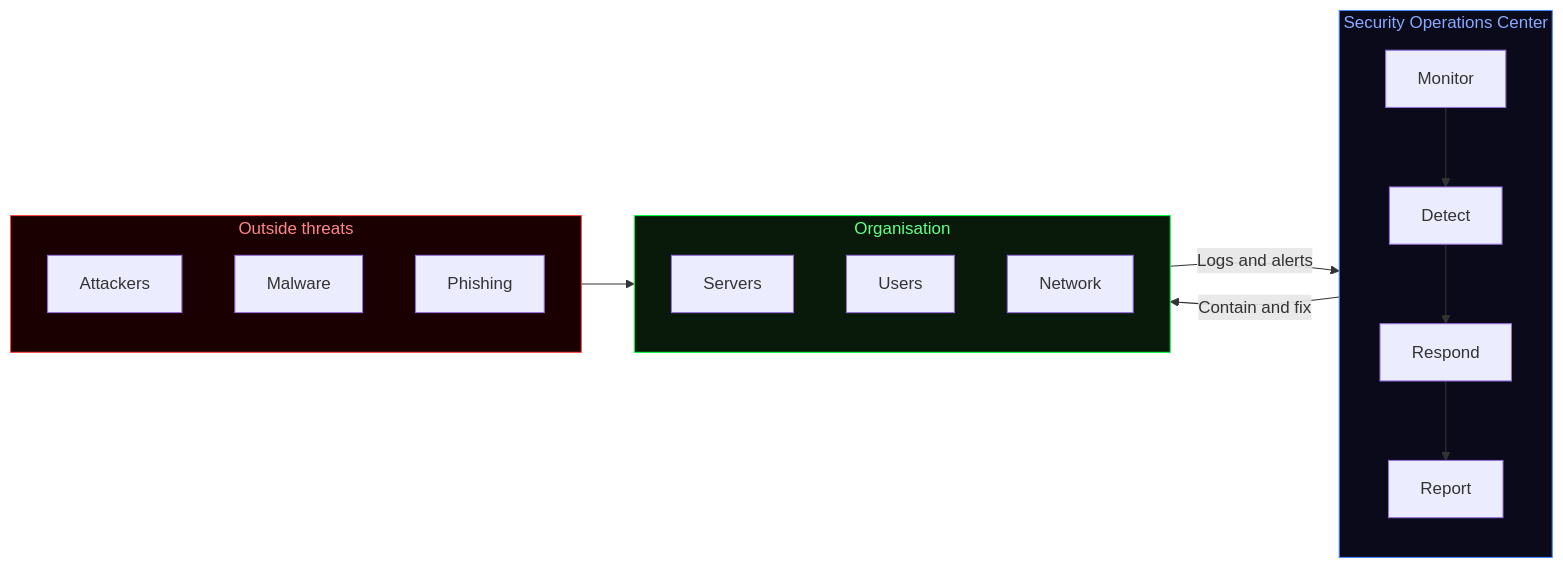
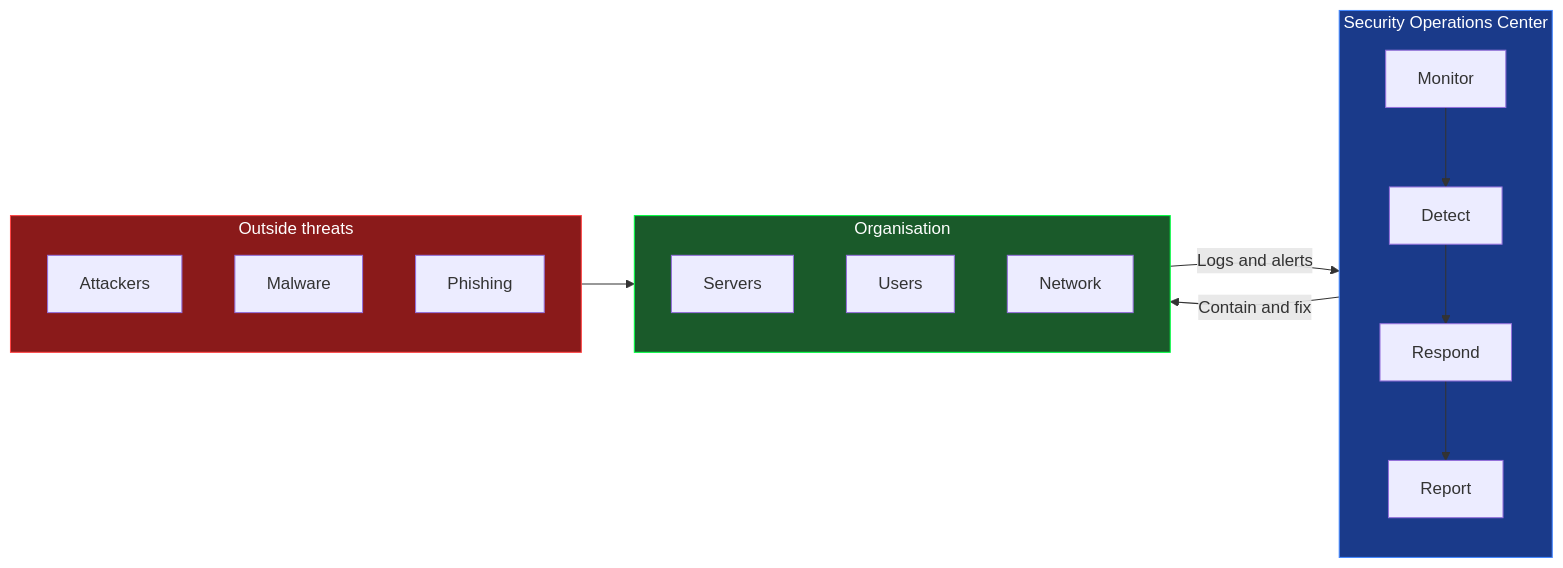
Before and after one commit to Speed-boo3/soc-project: the first of 8 diagrams in README.md, drawn with Mermaid. The commit also changed other lines of this file, not shown here.

Commit message:
Fix diagram colors: bright readable nodes on all diagrams

````diff
--- a/README.md
+++ b/README.md
@@ -31,30 +31,30 @@
 ```mermaid
 flowchart LR
     subgraph OUTSIDE[Outside threats]
         ATK[Attackers]
         MAL[Malware]
         PHI[Phishing]
     end
 
     subgraph SOC[Security Operations Center]
         MON[Monitor]
         DET[Detect]
         RES[Respond]
         REP[Report]
         MON --> DET --> RES --> REP
     end
 
     subgraph ASSETS[Organisation]
         SRV[Servers]
         USR[Users]
         NET[Network]
     end
 
     OUTSIDE --> ASSETS
     ASSETS -->|Logs and alerts| SOC
     SOC -->|Contain and fix| ASSETS
 
-    style SOC fill:#0a0a1a,stroke:#4488ff,color:#88aaff
-    style OUTSIDE fill:#1a0000,stroke:#ff4444,color:#ff8888
-    style ASSETS fill:#0a1a0a,stroke:#00ff41,color:#66ff88
+    style SOC fill:#1a3a8a,stroke:#4488ff,color:#ffffff
+    style OUTSIDE fill:#8a1a1a,stroke:#ff4444,color:#ffffff
+    style ASSETS fill:#1a5a2a,stroke:#00ff41,color:#ffffff
 ```
````
